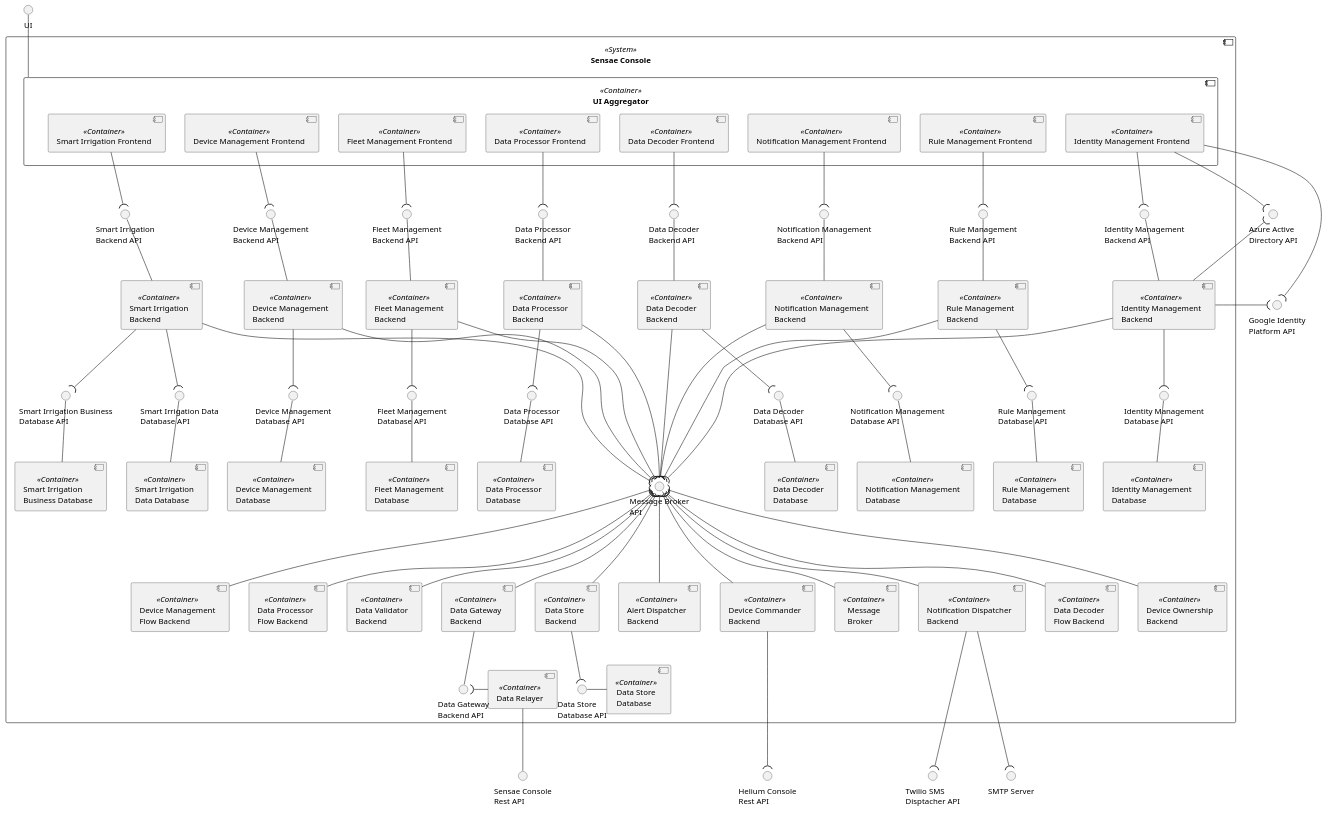
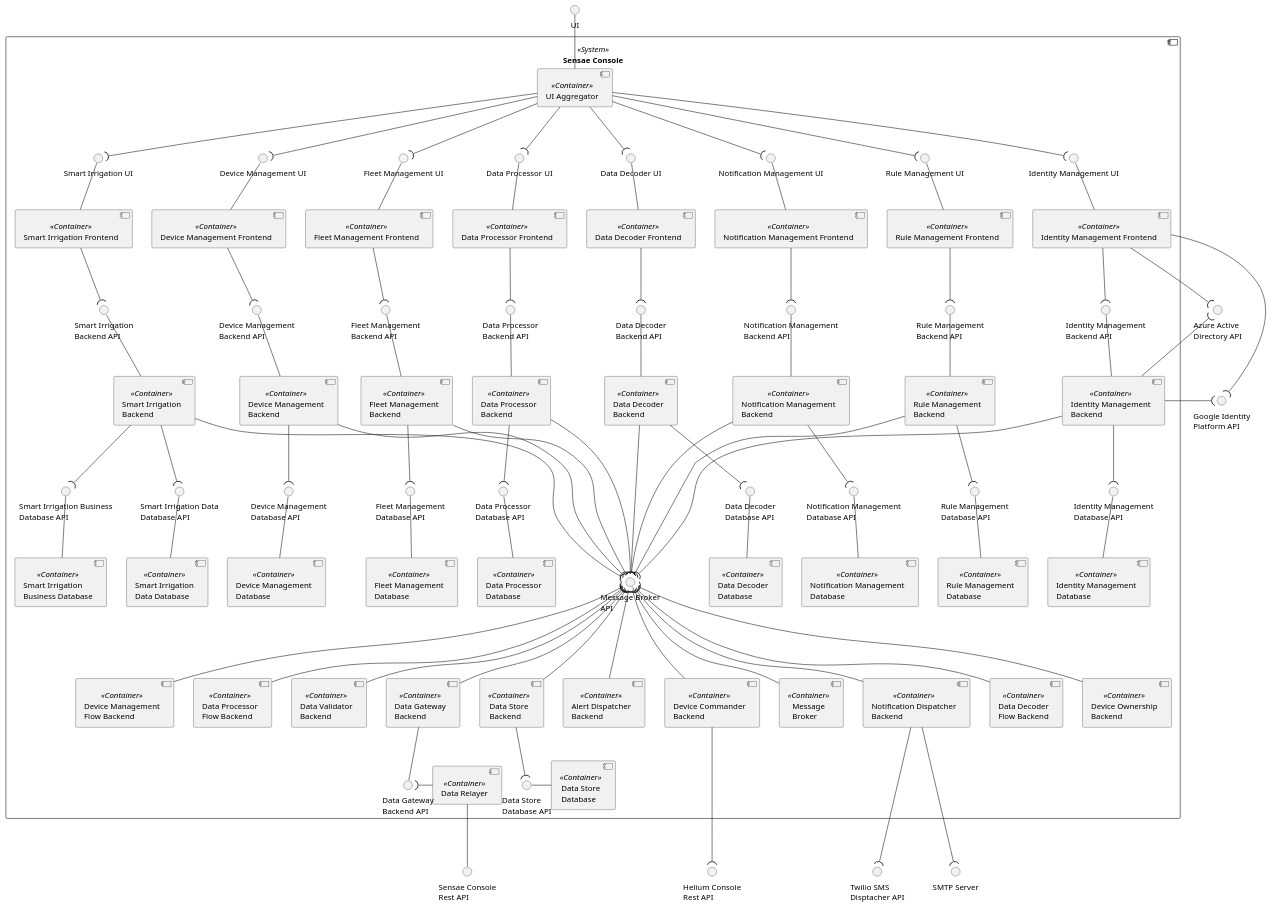
The diagram in assets/diagrams/design/architectural/level2/logical/complete.pu (FilipeMCruz/dissertation), drawn with PlantUML before and after one commit. The commit also changed 84 other files, not shown here.

Commit message:
Fixed logical diagrams with UI aggregator

```diff
--- a/assets/diagrams/design/architectural/level2/logical/complete.pu
+++ b/assets/diagrams/design/architectural/level2/logical/complete.pu
@@ -1,162 +1,189 @@
 @startuml complete
 
 skinparam sequenceMessageAlign center
 skinparam Shadowing false
 skinparam componentStyle uml2
 skinparam packageStyle rectangle
 
 interface "UI" as UI
 
 interface "Sensae Console\nRest API" as IN_ENDPOINT
 interface "Helium Console\nRest API" as OUT_ENDPOINT
 
 interface "Twilio SMS\nDisptacher API" as SMS_ENDPOINT
 interface "SMTP Server" as SMTP_ENDPOINT
 
 interface "Azure Active\nDirectory API" as AUTH_ENDPOINT
 interface "Google Identity\nPlatform API" as GOOGLE_ENDPOINT
 
 component "Sensae Console" <<System>> {
-    component "UI Aggregator" as UIAG <<Container>>  {
-        component "Fleet Management Frontend" as LTF <<Container>> 
-        component "Smart Irrigation Frontend" as SIF <<Container>> 
-        component "Device Management Frontend" as DRF <<Container>> 
-        component "Data Processor Frontend" as DPF <<Container>> 
-        component "Data Decoder Frontend" as DDF <<Container>> 
-        component "Identity Management Frontend" as IAMF <<Container>> 
-        component "Rule Management Frontend" as RULE_MAN_FRONT <<Container>> 
-        component "Notification Management Frontend" as NOTIF_MAN_FRONT <<Container>> 
-    }
-    component "Message\nBroker" as MB <<Container>> 
+    component "UI Aggregator" as UIAG <<Container>>
+    component "Fleet Management Frontend" as LTF <<Container>>
+    component "Smart Irrigation Frontend" as SIF <<Container>>
+    component "Device Management Frontend" as DRF <<Container>>
+    component "Data Processor Frontend" as DPF <<Container>>
+    component "Data Decoder Frontend" as DDF <<Container>>
+    component "Identity Management Frontend" as IAMF <<Container>>
+    component "Rule Management Frontend" as RULE_MAN_FRONT <<Container>>
+    component "Notification Management Frontend" as NOTIF_MAN_FRONT <<Container>>
 
-    component "Fleet Management\nBackend" as LTB <<Container>> 
-    component "Smart Irrigation\nBackend" as SIB <<Container>> 
-    component "Device Management\nBackend" as DRB <<Container>> 
-    component "Device Management\nFlow Backend" as DRSB <<Container>> 
-    component "Data Gateway\nBackend" as DDG <<Container>> 
-    component "Data Relayer" as DR <<Container>> 
-    component "Data Processor\nFlow Backend" as DPSB <<Container>> 
-    component "Data Processor\nBackend" as DPB <<Container>> 
-    component "Data Decoder\nFlow Backend" as DDSB <<Container>> 
-    component "Data Decoder\nBackend" as DDB <<Container>> 
-    component "Data Validator\nBackend" as DVB <<Container>> 
-    component "Device Management\nDatabase" as DRDB <<Container>> 
-    component "Data Processor\nDatabase" as DPDB <<Container>> 
-    component "Data Decoder\nDatabase" as DDDB <<Container>> 
-    component "Identity Management\nDatabase" as IAMDB <<Container>> 
-    component "Data Store\nBackend" as DS <<Container>> 
-    component "Fleet Management\nDatabase" as QUESTDB <<Container>> 
-    component "Data Store\nDatabase" as MONGODB <<Container>> 
-    component "Smart Irrigation\nData Database" as SIDDB <<Container>> 
-    component "Smart Irrigation\nBusiness Database" as SIBDB <<Container>> 
-    component "Identity Management\nBackend" as IAMB <<Container>> 
-    component "Device Ownership\nBackend" as IAMSB <<Container>> 
-    component "Device Commander\nBackend" as DCB <<Container>> 
+    interface "Fleet Management UI" as LTF_API
+    interface "Smart Irrigation UI" as SIF_API
+    interface "Device Management UI" as DRF_API
+    interface "Data Processor UI" as DPF_API
+    interface "Data Decoder UI" as DDF_API
+    interface "Identity Management UI" as IAMF_API
+    interface "Rule Management UI" as RULE_MAN_FRONT_API
+    interface "Notification Management UI" as NOTIF_MAN_FRONT_API
 
-    component "Rule Management\nBackend" as RULE_MAN_BACK <<Container>> 
-    component "Rule Management\nDatabase" as RULE_MAN_DB <<Container>> 
-    component "Alert Dispatcher\nBackend" as ALERT_BACK <<Container>>  
+    LTF_API -- LTF
+    SIF_API -- SIF
+    DRF_API -- DRF
+    DPF_API -- DPF
+    DDF_API -- DDF
+    IAMF_API -- IAMF
+    RULE_MAN_FRONT_API -- RULE_MAN_FRONT
+    NOTIF_MAN_FRONT_API -- NOTIF_MAN_FRONT
 
-    component "Notification Management\nBackend" as NOTIF_MAN_BACK <<Container>> 
-    component "Notification Management\nDatabase" as NOTIF_MAN_DB <<Container>> 
-    component "Notification Dispatcher\nBackend" as NOTIF_BACK <<Container>>  
+    UIAG --( LTF_API
+    UIAG --( SIF_API
+    UIAG --( DRF_API
+    UIAG --( DPF_API
+    UIAG --( DDF_API
+    UIAG --( IAMF_API
+    UIAG --( RULE_MAN_FRONT_API
+    UIAG --( NOTIF_MAN_FRONT_API
+
+    component "Message\nBroker" as MB <<Container>>
+
+    component "Fleet Management\nBackend" as LTB <<Container>>
+    component "Smart Irrigation\nBackend" as SIB <<Container>>
+    component "Device Management\nBackend" as DRB <<Container>>
+    component "Device Management\nFlow Backend" as DRSB <<Container>>
+    component "Data Gateway\nBackend" as DDG <<Container>>
+    component "Data Relayer" as DR <<Container>>
+    component "Data Processor\nFlow Backend" as DPSB <<Container>>
+    component "Data Processor\nBackend" as DPB <<Container>>
+    component "Data Decoder\nFlow Backend" as DDSB <<Container>>
+    component "Data Decoder\nBackend" as DDB <<Container>>
+    component "Data Validator\nBackend" as DVB <<Container>>
+    component "Device Management\nDatabase" as DRDB <<Container>>
+    component "Data Processor\nDatabase" as DPDB <<Container>>
+    component "Data Decoder\nDatabase" as DDDB <<Container>>
+    component "Identity Management\nDatabase" as IAMDB <<Container>>
+    component "Data Store\nBackend" as DS <<Container>>
+    component "Fleet Management\nDatabase" as QUESTDB <<Container>>
+    component "Data Store\nDatabase" as MONGODB <<Container>>
+    component "Smart Irrigation\nData Database" as SIDDB <<Container>>
+    component "Smart Irrigation\nBusiness Database" as SIBDB <<Container>>
+    component "Identity Management\nBackend" as IAMB <<Container>>
+    component "Device Ownership\nBackend" as IAMSB <<Container>>
+    component "Device Commander\nBackend" as DCB <<Container>>
+
+    component "Rule Management\nBackend" as RULE_MAN_BACK <<Container>>
+    component "Rule Management\nDatabase" as RULE_MAN_DB <<Container>>
+    component "Alert Dispatcher\nBackend" as ALERT_BACK <<Container>>
+
+    component "Notification Management\nBackend" as NOTIF_MAN_BACK <<Container>>
+    component "Notification Management\nDatabase" as NOTIF_MAN_DB <<Container>>
+    component "Notification Dispatcher\nBackend" as NOTIF_BACK <<Container>>
 
     interface "Message Broker\nAPI" as MB_API
     interface "Fleet Management\nBackend API" as LTB_API
     interface "Smart Irrigation\nBackend API" as SIB_API
     interface "Device Management\nBackend API" as DRB_API
     interface "Data Processor\nBackend API" as DPB_API
     interface "Data Decoder\nBackend API" as DDMB_API
     interface "Device Management\nDatabase API" as DRDB_API
     interface "Data Processor\nDatabase API" as DPDB_API
     interface "Data Decoder\nDatabase API" as DDDB_API
     interface "Identity Management\nDatabase API" as IAMDB_API
     interface "Fleet Management\nDatabase API" as QUESTDB_API
     interface "Data Store\nDatabase API" as MONGODB_API
     interface "Smart Irrigation Data\nDatabase API" as SIDDB_API
     interface "Smart Irrigation Business\nDatabase API" as SIBDB_API
     interface "Data Gateway\nBackend API" as DDG_API
     interface "Identity Management\nBackend API" as IAMB_API
     interface "Rule Management\nBackend API" as RULE_MAN_BACK_API
     interface "Rule Management\nDatabase API" as RULE_MAN_DB_API
     interface "Notification Management\nBackend API" as NOTIF_MAN_BACK_API
     interface "Notification Management\nDatabase API" as NOTIF_MAN_DB_API
 
     LTB --( QUESTDB_API
     RULE_MAN_BACK --( RULE_MAN_DB_API
     NOTIF_MAN_BACK --( NOTIF_MAN_DB_API
     SIB --( SIDDB_API
     SIB --( SIBDB_API
     DS --( MONGODB_API
     DDG -- DDG_API
     DPB_API -- DPB
     DDMB_API -- DDB
     DRB_API -- DRB
     MB_API --- MB
     DRDB_API -- DRDB
     DPDB_API -- DPDB
     DDDB_API -- DDDB
     IAMDB_API -- IAMDB
     RULE_MAN_BACK_API -- RULE_MAN_BACK
     NOTIF_MAN_BACK_API -- NOTIF_MAN_BACK
     LTB_API -- LTB
     SIB_API -- SIB
     IAMB_API -- IAMB
     UI -- UIAG
     MONGODB_API - MONGODB
     QUESTDB_API -- QUESTDB
     RULE_MAN_DB_API -- RULE_MAN_DB
     NOTIF_MAN_DB_API -- NOTIF_MAN_DB
     SIDDB_API -- SIDDB
     SIBDB_API -- SIBDB
     DRB --( DRDB_API
     DRDB_API )-[hidden]- DRSB
     DPB --( DPDB_API
     DDB --( DDDB_API
     DPDB_API )-[hidden]- DPSB
     DDDB_API )-[hidden]- DDSB
     IAMB --( IAMDB_API
     IAMDB_API )-[hidden]- IAMSB
     LTF --( LTB_API
     SIF --( SIB_API
     DPF --( DPB_API
     DDF --( DDMB_API
     DRF --( DRB_API
     IAMF --( IAMB_API
     RULE_MAN_FRONT --( RULE_MAN_BACK_API
     NOTIF_MAN_FRONT --( NOTIF_MAN_BACK_API
 
     LTB ---( MB_API
     SIB ---( MB_API
     DRB ---( MB_API
     DPB ---( MB_API
     DDB ---( MB_API
     IAMB ---( MB_API
     RULE_MAN_BACK ---( MB_API
     NOTIF_MAN_BACK ---( MB_API
     MB_API )--- DS
     MB_API )--- DDG
     MB_API )--- DVB
     MB_API )--- DRSB
     MB_API )--- DPSB
     MB_API )--- DDSB
     MB_API )--- IAMSB
     MB_API )--- DCB
     MB_API )--- ALERT_BACK
     MB_API )--- NOTIF_BACK
 
     DR -- IN_ENDPOINT
     DDG_API )- DR
     DCB ---( OUT_ENDPOINT
     IAMF --( AUTH_ENDPOINT
     AUTH_ENDPOINT )-- IAMB
     IAMF --( GOOGLE_ENDPOINT
     GOOGLE_ENDPOINT )-- IAMB
 
     NOTIF_BACK ---( SMS_ENDPOINT
     NOTIF_BACK ---( SMTP_ENDPOINT
 
     AUTH_ENDPOINT -[hidden]- GOOGLE_ENDPOINT
 }
 
 @enduml
```
